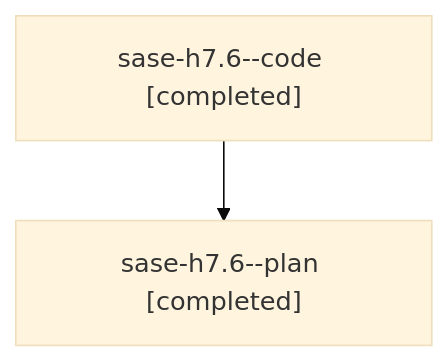
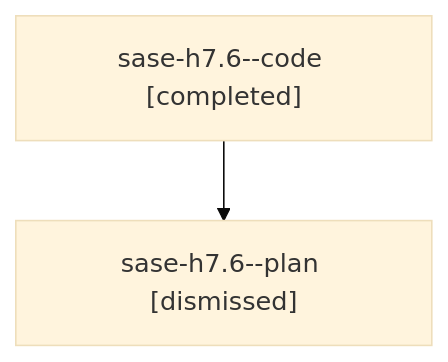
Before and after one commit to sase-org/sase--agents: the diagram in families/bbugyi200.athena.sase-h7.6.md, drawn with Mermaid (base theme). The commit also changed other lines of this file and 1506 other files, not shown here.

````diff
--- a/families/bbugyi200.athena.sase-h7.6.md
+++ b/families/bbugyi200.athena.sase-h7.6.md
@@ -9,6 +9,6 @@
 ```mermaid
 flowchart TD
   n0["sase-h7.6--code [completed]"]
-  n1["sase-h7.6--plan [completed]"]
+  n1["sase-h7.6--plan [dismissed]"]
   n0 --> n1
 ```
````
